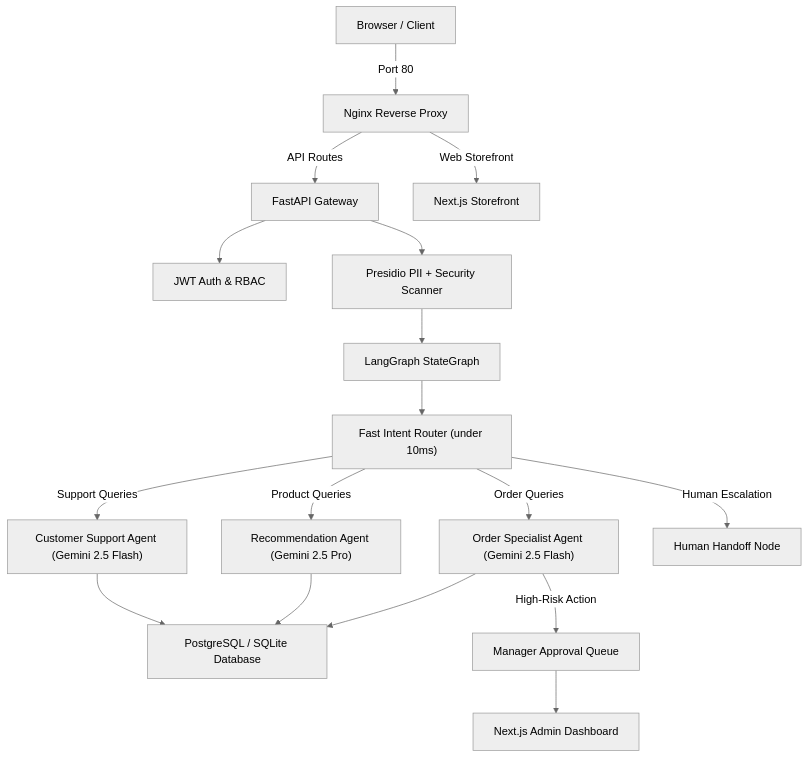
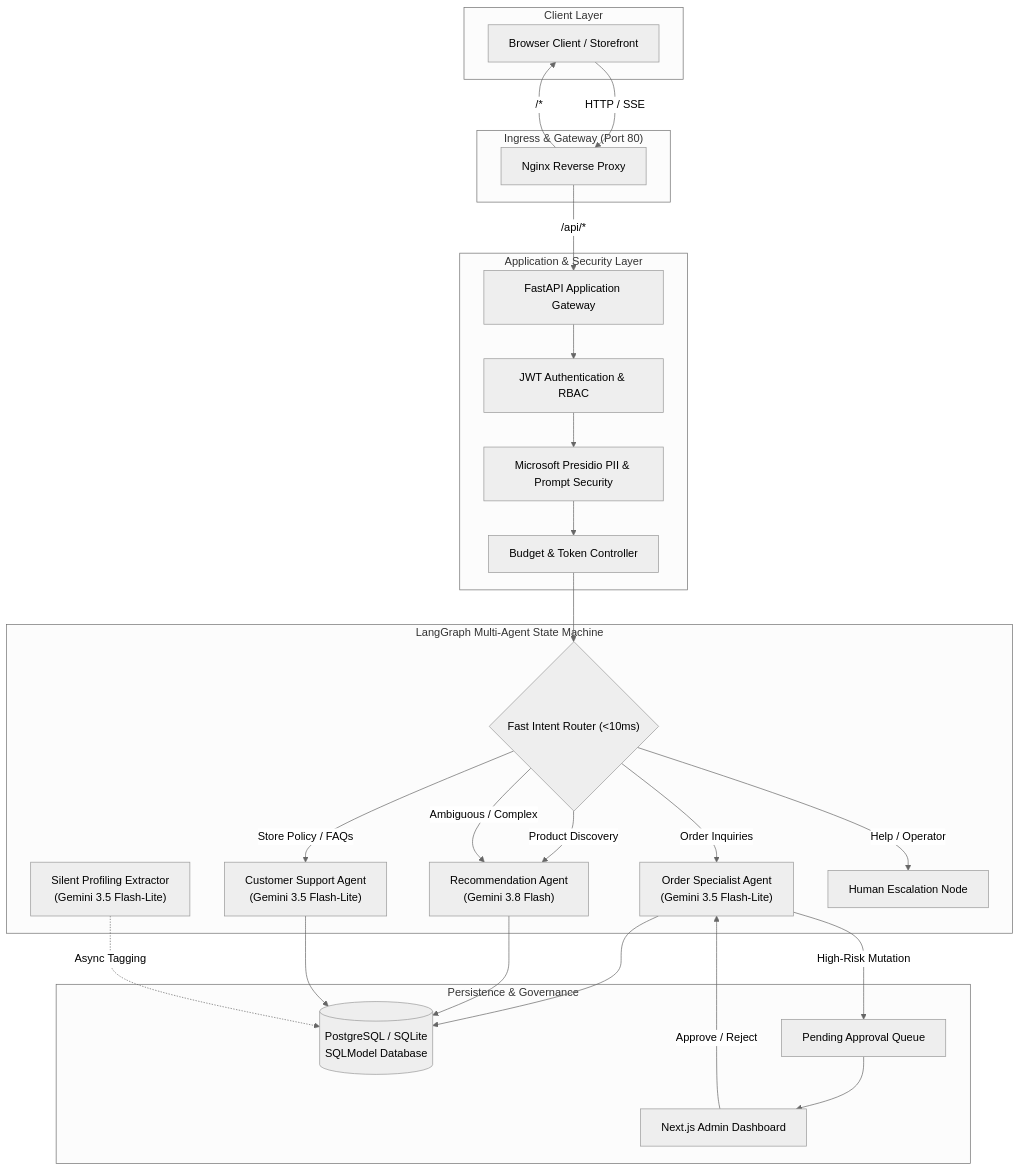
Before and after one commit to Saumojit30/Aisle: the diagram in README.md, drawn with Mermaid (neutral theme). The commit also changed other lines of this file and 2 other files, not shown here.

Commit message:
docs: enhance README with architecture showcase and track project roadmap

````diff
--- a/README.md
+++ b/README.md
@@ -42,23 +80,56 @@
 ```mermaid
-graph TD
-    User["Browser / Client"] -->|Port 80| Proxy["Nginx Reverse Proxy"]
-    Proxy -->|API Routes| API["FastAPI Gateway"]
-    Proxy -->|Web Storefront| Front["Next.js Storefront"]
-    
-    API --> Auth["JWT Auth & RBAC"]
-    API --> Guard["Presidio PII + Security Scanner"]
-    Guard --> Graph["LangGraph StateGraph"]
-    Graph --> Supervisor["Fast Intent Router (under 10ms)"]
-    
-    Supervisor -->|Order Queries| OrderAgent["Order Specialist Agent (Gemini 2.5 Flash)"]
-    Supervisor -->|Product Queries| RecAgent["Recommendation Agent (Gemini 2.5 Pro)"]
-    Supervisor -->|Support Queries| SupportAgent["Customer Support Agent (Gemini 2.5 Flash)"]
-    Supervisor -->|Human Escalation| HandoffNode["Human Handoff Node"]
-    
-    OrderAgent --> DB["PostgreSQL / SQLite Database"]
+flowchart TD
+    subgraph ClientLayer ["Client Layer"]
+        Client["Browser Client / Storefront"]
+    end
+
+    subgraph Ingress ["Ingress & Gateway (Port 80)"]
+        Nginx["Nginx Reverse Proxy"]
+    end
+
+    subgraph AppLayer ["Application & Security Layer"]
+        FastAPI["FastAPI Application Gateway"]
+        Auth["JWT Authentication & RBAC"]
+        Presidio["Microsoft Presidio PII & Prompt Security"]
+        Budget["Budget & Token Controller"]
+    end
+
+    subgraph GraphLayer ["LangGraph Multi-Agent State Machine"]
+        Supervisor{"Fast Intent Router (<10ms)"}
+        OrderAgent["Order Specialist Agent<br/>(Gemini 3.5 Flash-Lite)"]
+        RecAgent["Recommendation Agent<br/>(Gemini 3.8 Flash)"]
+        SupportAgent["Customer Support Agent<br/>(Gemini 3.5 Flash-Lite)"]
+        ProfileAgent["Silent Profiling Extractor<br/>(Gemini 3.5 Flash-Lite)"]
+        HandoffNode["Human Escalation Node"]
+    end
+
+    subgraph DataLayer ["Persistence & Governance"]
+        DB[("PostgreSQL / SQLite<br/>SQLModel Database")]
+        HITLQueue["Pending Approval Queue"]
+        AdminUI["Next.js Admin Dashboard"]
+    end
+
+    Client -->|HTTP / SSE| Nginx
+    Nginx -->|/api/*| FastAPI
+    Nginx -->|/*| Client
+
+    FastAPI --> Auth
+    Auth --> Presidio
+    Presidio --> Budget
+    Budget --> Supervisor
+
+    Supervisor -->|Order Inquiries| OrderAgent
+    Supervisor -->|Product Discovery| RecAgent
+    Supervisor -->|Store Policy / FAQs| SupportAgent
+    Supervisor -->|Ambiguous / Complex| RecAgent
+    Supervisor -->|Help / Operator| HandoffNode
+
+    OrderAgent --> DB
     RecAgent --> DB
     SupportAgent --> DB
-    
-    OrderAgent -->|High-Risk Action| HITL["Manager Approval Queue"]
-    HITL --> AdminDashboard["Next.js Admin Dashboard"]
+    ProfileAgent -.->|Async Tagging| DB
+
+    OrderAgent -->|High-Risk Mutation| HITLQueue
+    HITLQueue --> AdminUI
+    AdminUI -->|Approve / Reject| OrderAgent
 ```
````
